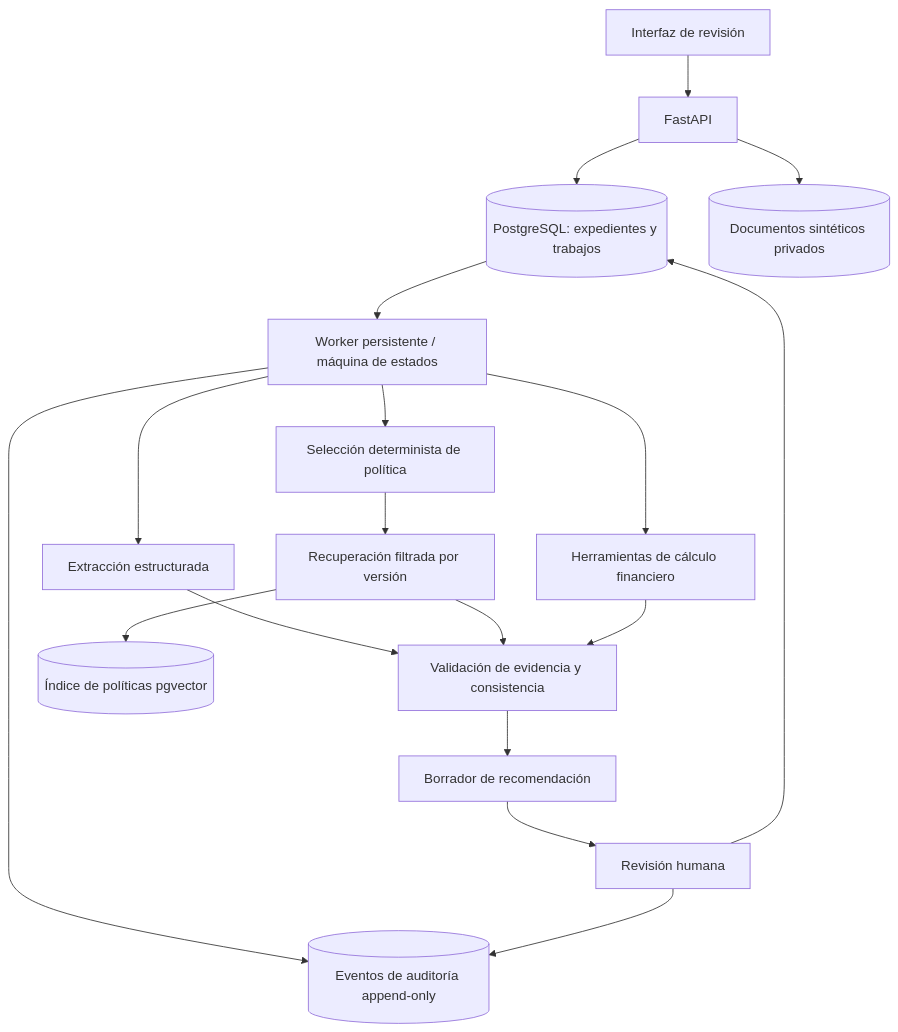
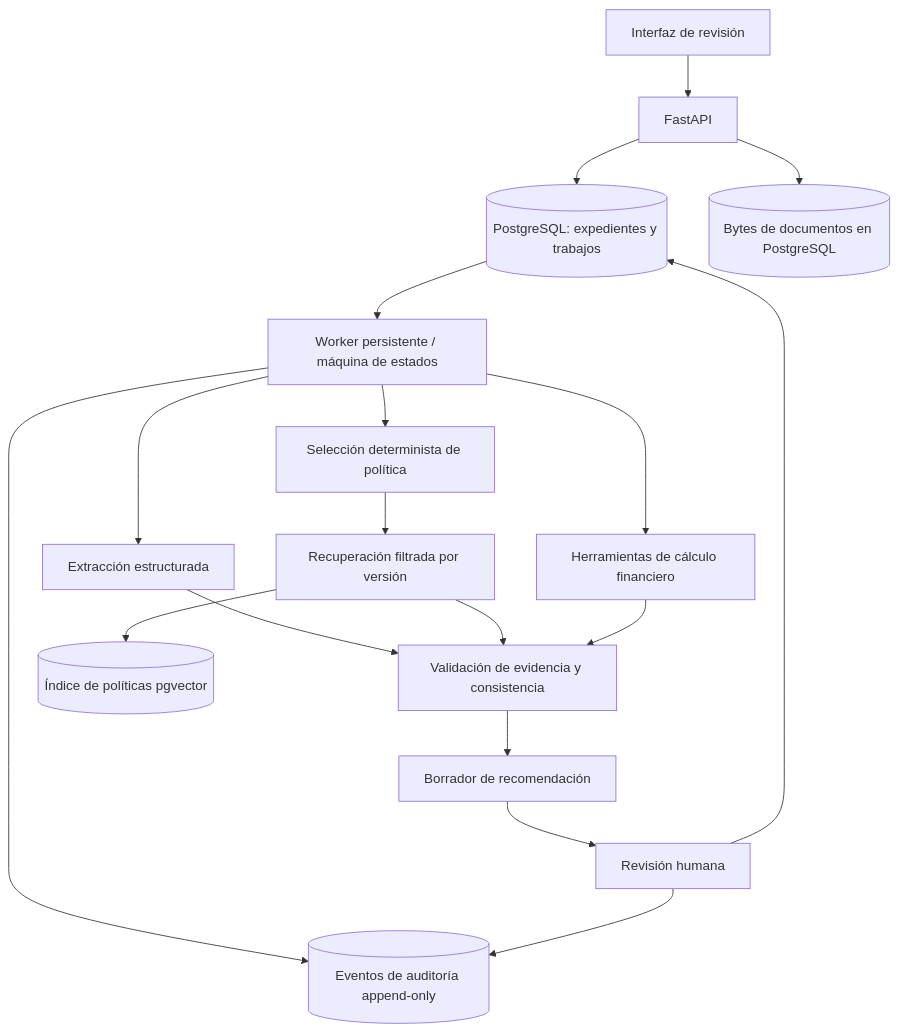
One commit to IsamarCDavila/credit-decision-support changed the diagram in docs/es/specification.md. Above: the diagram before and after it, drawn with Mermaid. The commit also changed other lines of this file and 50 other files, not shown here.

````diff
--- a/docs/es/specification.md
+++ b/docs/es/specification.md
@@ -29,20 +29,20 @@
 ```mermaid
 flowchart TD
   UI[Interfaz de revisión] --> API[FastAPI]
   API --> DB[(PostgreSQL: expedientes y trabajos)]
-  API --> FS[(Documentos sintéticos privados)]
+  API --> FS[(Bytes de documentos en PostgreSQL)]
   DB --> WF[Worker persistente / máquina de estados]
   WF --> X[Extracción estructurada]
   WF --> P[Selección determinista de política]
   P --> R[Recuperación filtrada por versión]
   WF --> T[Herramientas de cálculo financiero]
   X --> V[Validación de evidencia y consistencia]
   R --> V
   T --> V
   V --> G[Borrador de recomendación]
   G --> H[Revisión humana]
   H --> DB
   WF --> AU[(Eventos de auditoría append-only)]
   H --> AU
   R --> IDX[(Índice de políticas pgvector)]
 ```
````
